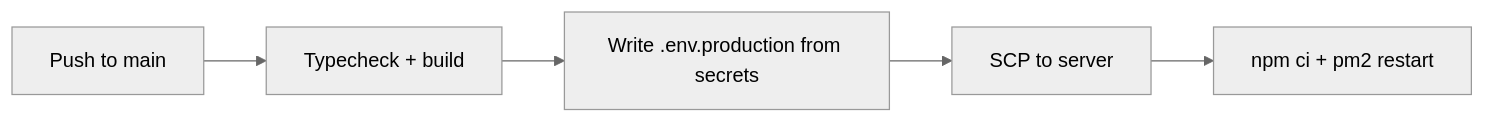
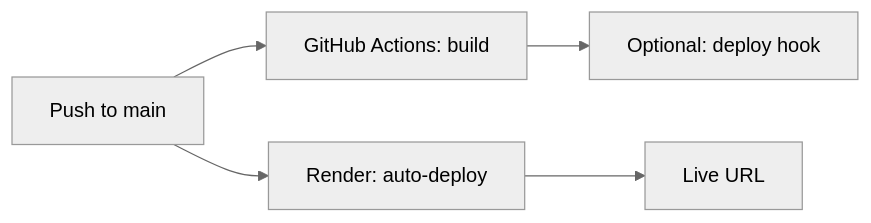
One commit to APK-Arjun-Developer/NotificationService changed the diagram in docs/DEPLOY.md. Above: the diagram before and after it, drawn with Mermaid (neutral theme). The commit also changed other lines of this file and 4 other files, not shown here.

Commit message:
Update deployment process to use Render instead of VPS; revise README and deployment documentation for clarity on new setup, and modify GitHub Actions workflow to trigger Render deploys.

````diff
--- a/docs/DEPLOY.md
+++ b/docs/DEPLOY.md
@@ -105,7 +92,7 @@
 ```mermaid
 flowchart LR
-  A[Push to main] --> B[Typecheck + build]
-  B --> C[Write .env.production from secrets]
-  C --> D[SCP to server]
-  D --> E[npm ci + pm2 restart]
+  A[Push to main] --> B[GitHub Actions: build]
+  A --> C[Render: auto-deploy]
+  B --> D[Optional: deploy hook]
+  C --> E[Live URL]
 ```
````
